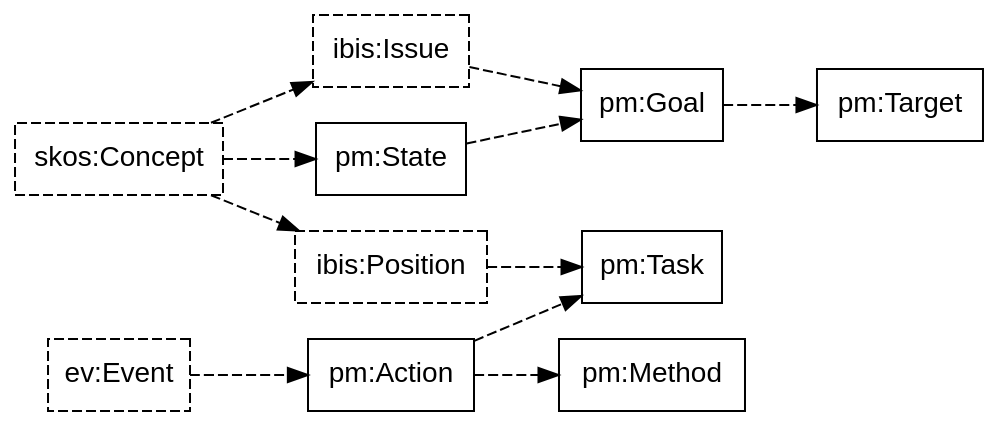
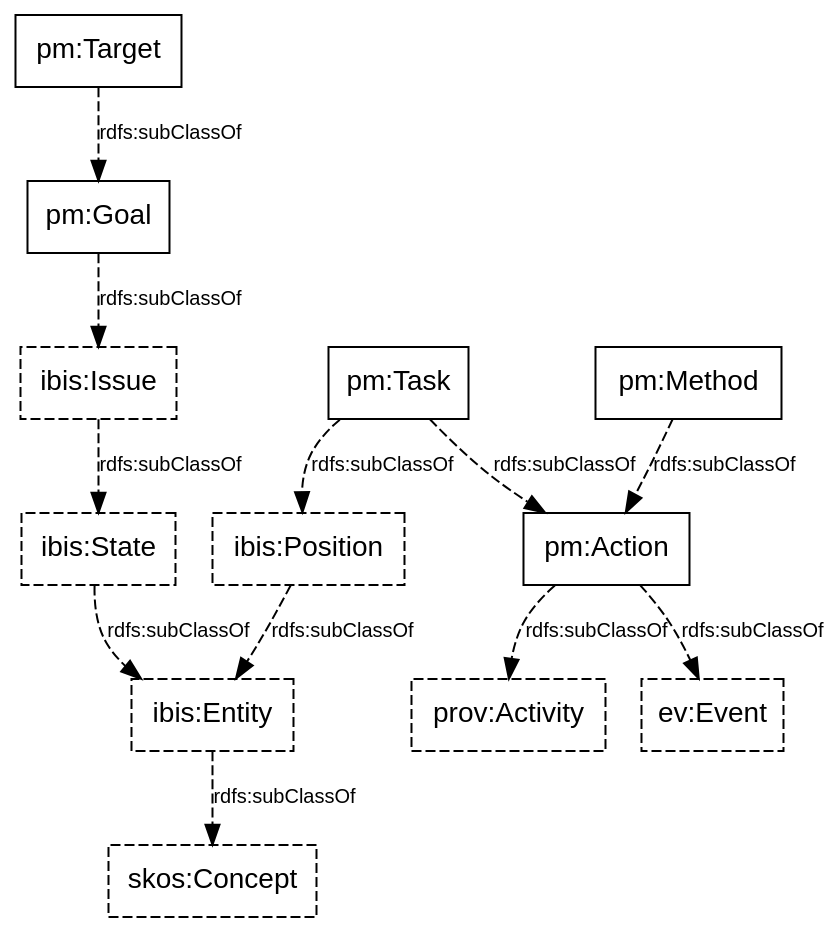
The diagram in process-model-classes.dot (doriantaylor/owl-process-model), drawn with Graphviz before and after one commit. The commit also changed 4 other files, not shown here.

```diff
--- a/process-model-classes.dot
+++ b/process-model-classes.dot
@@ -1,28 +1,31 @@
 digraph {
-    graph [bgcolor=transparent,overlap=false,rankdir="LR"];
-    node [shape=box,color="#000000",fontcolor="#000000",fontname="Lucida Grande, Lucida Sans Unicode, sans-serif"];
-    edge [color="#000000",fontcolor="#000000",fontname="Lucida Grande, Lucida Sans Unicode, sans-serif"];
+    graph [bgcolor=transparent,overlap=false,rankdir=TB];
+    node [shape=box,color="#000000",fontcolor="#000000",fontname="Lucida Grande, Lucida Sans Unicode, sans-serif",target="_parent"];
+    edge [fontsize=10,concentrate=true,color="#000000",fontcolor="#000000",fontname="Lucida Grande, Lucida Sans Unicode, sans-serif"];
+
     subgraph {
         node [style=dashed];
-        skos_Concept [label="skos:Concept"];
-        ev_Event [label="ev:Event"];
-        ibis_Issue [label="ibis:Issue"];
-        ibis_Position [label="ibis:Position"];
+	ibis_State    [label="ibis:State", href="https://vocab.methodandstructure.com/ibis#State"];
+	prov_Activity [label="prov:Activity", href="https://www.w3.org/TR/prov-o/#Activity"];
+        ev_Event      [label="ev:Event", href="http://motools.sourceforge.net/event/event.html#term_Event"];
+        ibis_Entity   [label="ibis:Entity", href="https://vocab.methodandstructure.com/ibis#Entity"];
+        ibis_Issue    [label="ibis:Issue", href="https://vocab.methodandstructure.com/ibis#Issue"];
+        ibis_Position [label="ibis:Position" href="https://vocab.methodandstructure.com/ibis#Position"];
+        skos_Concept  [label="skos:Concept", href="https://www.w3.org/TR/skos-reference/#concepts"];
     }
 
-    pm_State [label="pm:State"];
-    pm_Goal [label="pm:Goal"];
-    pm_Target [label="pm:Target"];
-    pm_Action [label="pm:Action"];
-    pm_Task [label="pm:Task"];
-    pm_Method [label="pm:Method"];
+    pm_Goal   [label="pm:Goal", href="https://vocab.methodandstructure.com/process-model#Goal"];
+    pm_Target [label="pm:Target", href="https://vocab.methodandstructure.com/process-model#Target"];
+    pm_Action [label="pm:Action", href="https://vocab.methodandstructure.com/process-model#Action"];
+    pm_Task   [label="pm:Task", href="https://vocab.methodandstructure.com/process-model#Task"];
+    pm_Method [label="pm:Method", href="https://vocab.methodandstructure.com/process-model#Method"];
 
     subgraph {
-        edge [style=dashed];
-        skos_Concept -> pm_State -> pm_Goal -> pm_Target;
-        skos_Concept -> ibis_Issue -> pm_Goal;
-        skos_Concept -> ibis_Position -> pm_Task;
-        ev_Event -> pm_Action -> pm_Task;
-        pm_Action -> pm_Method;
+        edge [style=dashed, label="rdfs:subClassOf"];
+	pm_Target -> pm_Goal -> ibis_Issue -> ibis_State -> ibis_Entity -> skos_Concept;
+	pm_Task -> ibis_Position -> ibis_Entity;
+	pm_Task -> pm_Action -> ev_Event;
+	pm_Method -> pm_Action -> prov_Activity;
     }
+
 }
```
